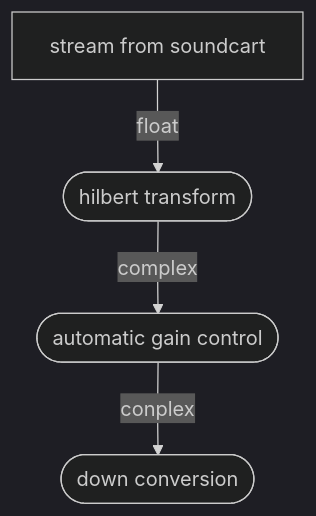
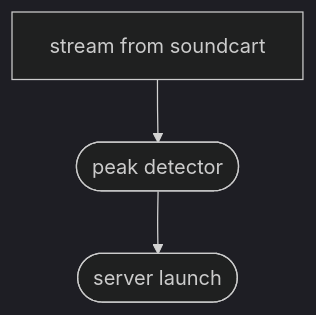
One commit to BimBim134/vibe-audioModem changed the second of 3 diagrams in architecture.md. Above: the diagram before and after it, drawn with Mermaid (dark theme). The commit also changed other lines of this file, not shown here.

Commit message:
finished schematics in archietcture.md

````diff
--- a/architecture.md
+++ b/architecture.md
@@ -42,11 +37,9 @@
 ```mermaid
 flowchart TD
     stream[stream from soundcart]
-    toComplex([hilbert transform])
-    AGC([automatic gain control])
-    downConvert([down conversion])
+    peak([peak detector])
+    server([server launch])
 
-    stream -- float --> toComplex
-    toComplex -- complex --> AGC
-    AGC -- conplex --> downConvert 
+    stream --> peak
+    peak --> server
 ```
````
